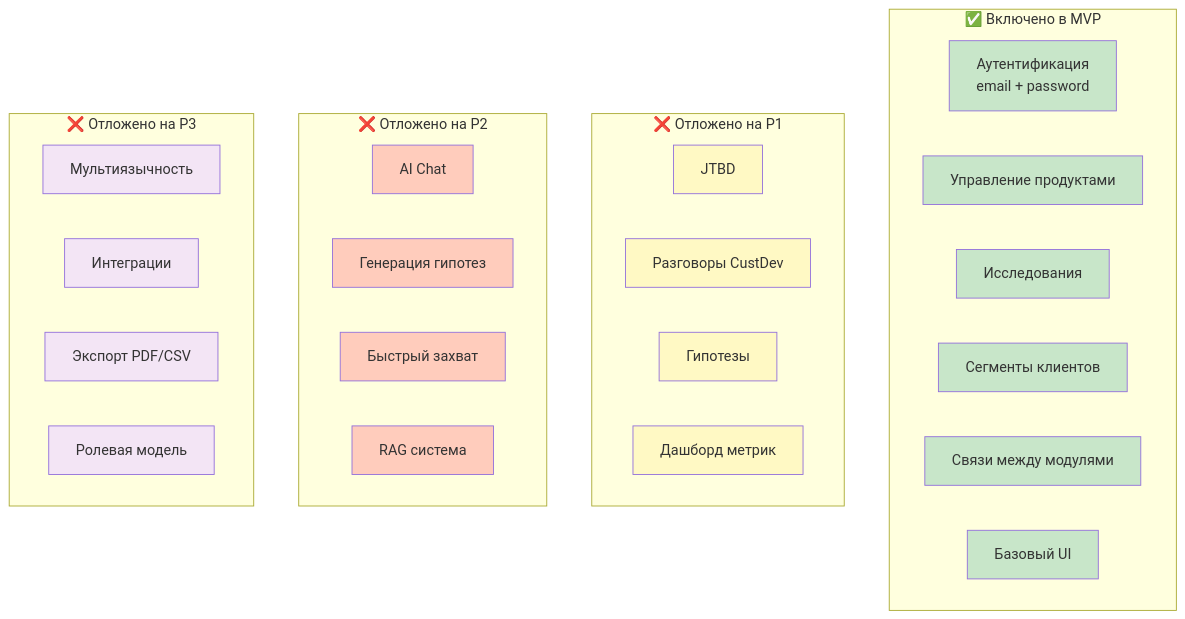
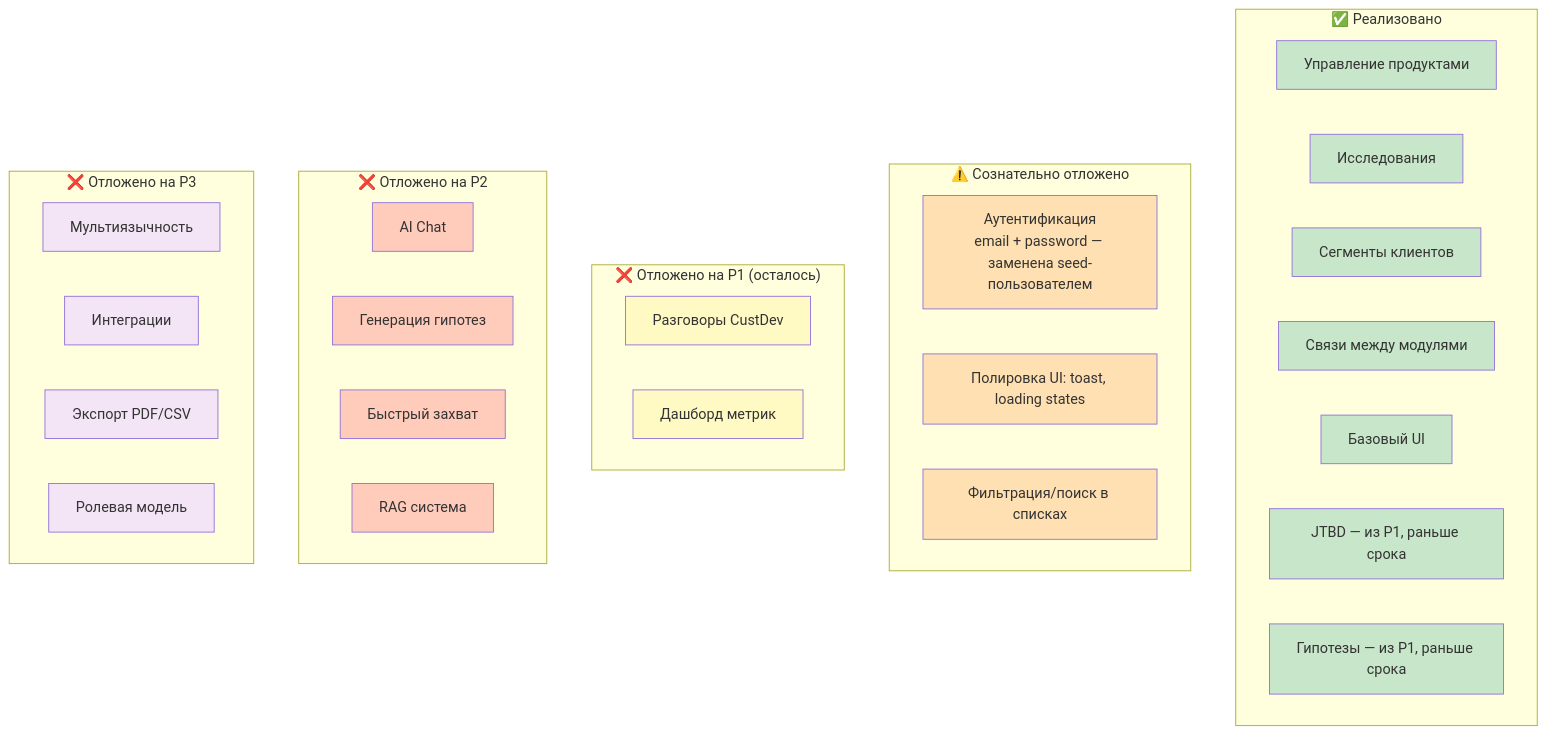
The ninth of 11 diagrams in plans/mvp-roadmap-visual.md (izumvania-gif/rpm-platform), drawn with Mermaid before and after one commit. The commit also changed other lines of this file and 2 other files, not shown here.

First line of the commit message:
Reconcile MVP plan docs with actual implementation

````diff
--- a/plans/mvp-roadmap-visual.md
+++ b/plans/mvp-roadmap-visual.md
@@ -308,54 +347,62 @@
 ```mermaid
 graph TB
-    subgraph "✅ Включено в MVP"
-        MVP1[Аутентификация<br/>email + password]
+    subgraph "✅ Реализовано"
         MVP2[Управление продуктами]
         MVP3[Исследования]
         MVP4[Сегменты клиентов]
         MVP5[Связи между модулями]
         MVP6[Базовый UI]
+        MVP7[JTBD — из P1, раньше срока]
+        MVP8[Гипотезы — из P1, раньше срока]
     end
-    
-    subgraph "❌ Отложено на P1"
-        P1_1[JTBD]
+
+    subgraph "⚠️ Сознательно отложено"
+        D1[Аутентификация<br/>email + password — заменена seed-пользователем]
+        D2[Полировка UI: toast, loading states]
+        D3[Фильтрация/поиск в списках]
+    end
+
+    subgraph "❌ Отложено на P1 (осталось)"
         P1_2[Разговоры CustDev]
-        P1_3[Гипотезы]
         P1_4[Дашборд метрик]
     end
-    
+
     subgraph "❌ Отложено на P2"
         P2_1[AI Chat]
         P2_2[Генерация гипотез]
         P2_3[Быстрый захват]
         P2_4[RAG система]
     end
-    
+
     subgraph "❌ Отложено на P3"
         P3_1[Мультиязычность]
         P3_2[Интеграции]
         P3_3[Экспорт PDF/CSV]
         P3_4[Ролевая модель]
     end
-    
-    style MVP1 fill:#c8e6c9
+
     style MVP2 fill:#c8e6c9
     style MVP3 fill:#c8e6c9
     style MVP4 fill:#c8e6c9
     style MVP5 fill:#c8e6c9
     style MVP6 fill:#c8e6c9
-    
-    style P1_1 fill:#fff9c4
+    style MVP7 fill:#c8e6c9
+    style MVP8 fill:#c8e6c9
+
+    style D1 fill:#ffe0b2
+    style D2 fill:#ffe0b2
+    style D3 fill:#ffe0b2
+
     style P1_2 fill:#fff9c4
-    style P1_3 fill:#fff9c4
     style P1_4 fill:#fff9c4
-    
+
     style P2_1 fill:#ffccbc
     style P2_2 fill:#ffccbc
     style P2_3 fill:#ffccbc
     style P2_4 fill:#ffccbc
-    
+
     style P3_1 fill:#f3e5f5
     style P3_2 fill:#f3e5f5
     style P3_3 fill:#f3e5f5
     style P3_4 fill:#f3e5f5
 ```
````
